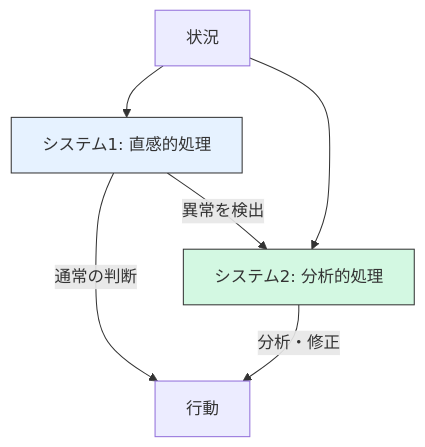
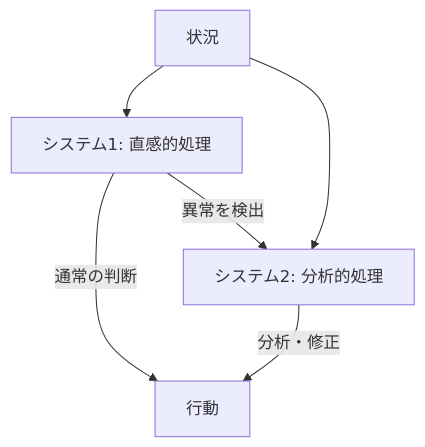
The sixth of 10 diagrams in docs/decision-making-guide/decision-models.md (shuji-bonji/Situational-Awareness-and-Decision-Making), drawn with Mermaid before and after one commit. The commit also changed other lines of this file and 49 other files, not shown here.

Commit message:
fix: ダークモードで見づらい図の色の変更

````diff
--- a/docs/decision-making-guide/decision-models.md
+++ b/docs/decision-making-guide/decision-models.md
@@ -295,11 +295,11 @@
     ```mermaid
     graph TD
         A[状況] --> B[システム1: 直感的処理]
         A --> C[システム2: 分析的処理]
         B -->|通常の判断| D[行動]
         B -->|異常を検出| C
         C -->|分析・修正| D
         
-        style B fill:#e6f2ff,stroke:#333
-        style C fill:#d3f8e2,stroke:#333
+    
+    
     ```
````
